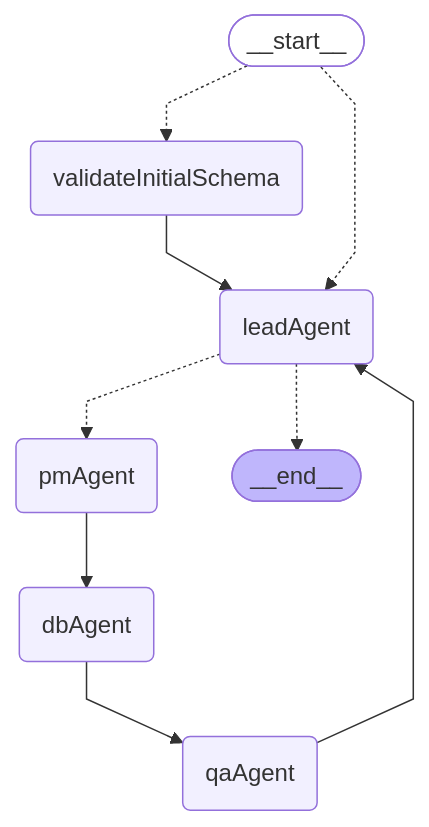
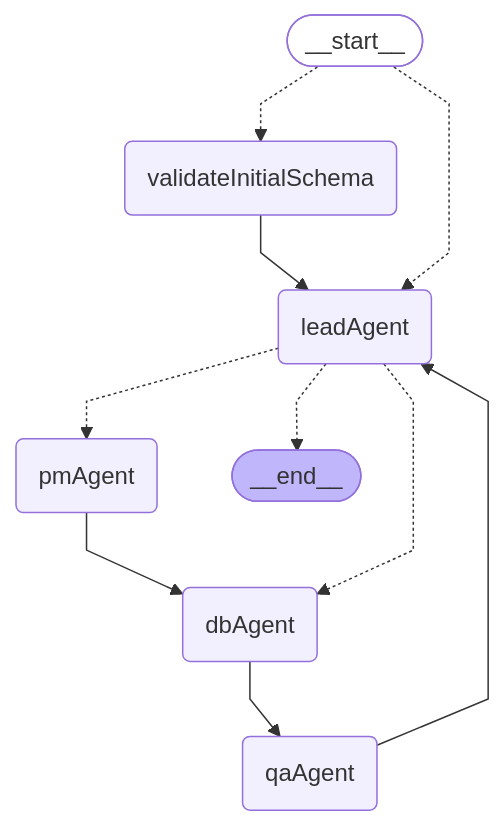
Before and after one commit to yzkee/liam: the first of 6 diagrams in frontend/internal-packages/agent/README.md, drawn with Mermaid. The commit also changed 1 other file, not shown here.

Commit message:
fix: update Mermaid diagrams to include leadAgent -> dbAgent routing
- Add missing leadAgent -.-> dbAgent; edge to test expectation
- Update README.md diagram to match actual graph structure
- Ensures test consistency with implemented workflow routing

🤖 Generated with [Claude Code](https://claude.ai/code)

````diff
--- a/frontend/internal-packages/agent/README.md
+++ b/frontend/internal-packages/agent/README.md
@@ -7,22 +7,23 @@
 ```mermaid
 %%{init: {'flowchart': {'curve': 'linear'}}}%%
 graph TD;
 	__start__([<p>__start__</p>]):::first
 	validateInitialSchema(validateInitialSchema)
 	leadAgent(leadAgent)
 	pmAgent(pmAgent)
 	dbAgent(dbAgent)
 	qaAgent(qaAgent)
 	__end__([<p>__end__</p>]):::last
 	dbAgent --> qaAgent;
 	pmAgent --> dbAgent;
 	qaAgent --> leadAgent;
 	validateInitialSchema --> leadAgent;
 	__start__ -.-> validateInitialSchema;
 	__start__ -.-> leadAgent;
 	leadAgent -.-> pmAgent;
+	leadAgent -.-> dbAgent;
 	leadAgent -.-> __end__;
 	classDef default fill:#f2f0ff,line-height:1.2;
 	classDef first fill-opacity:0;
 	classDef last fill:#bfb6fc;
 ```
````
